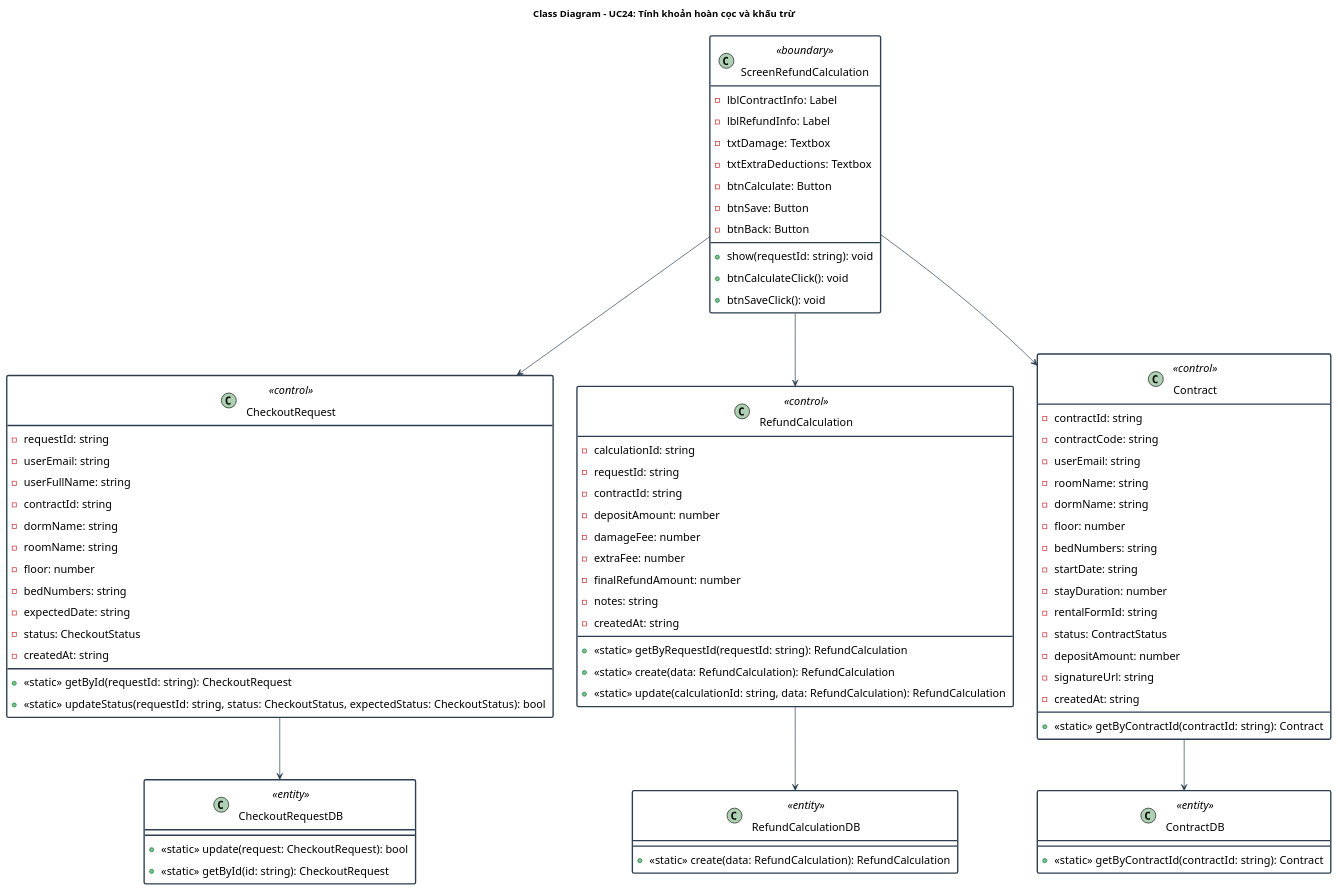
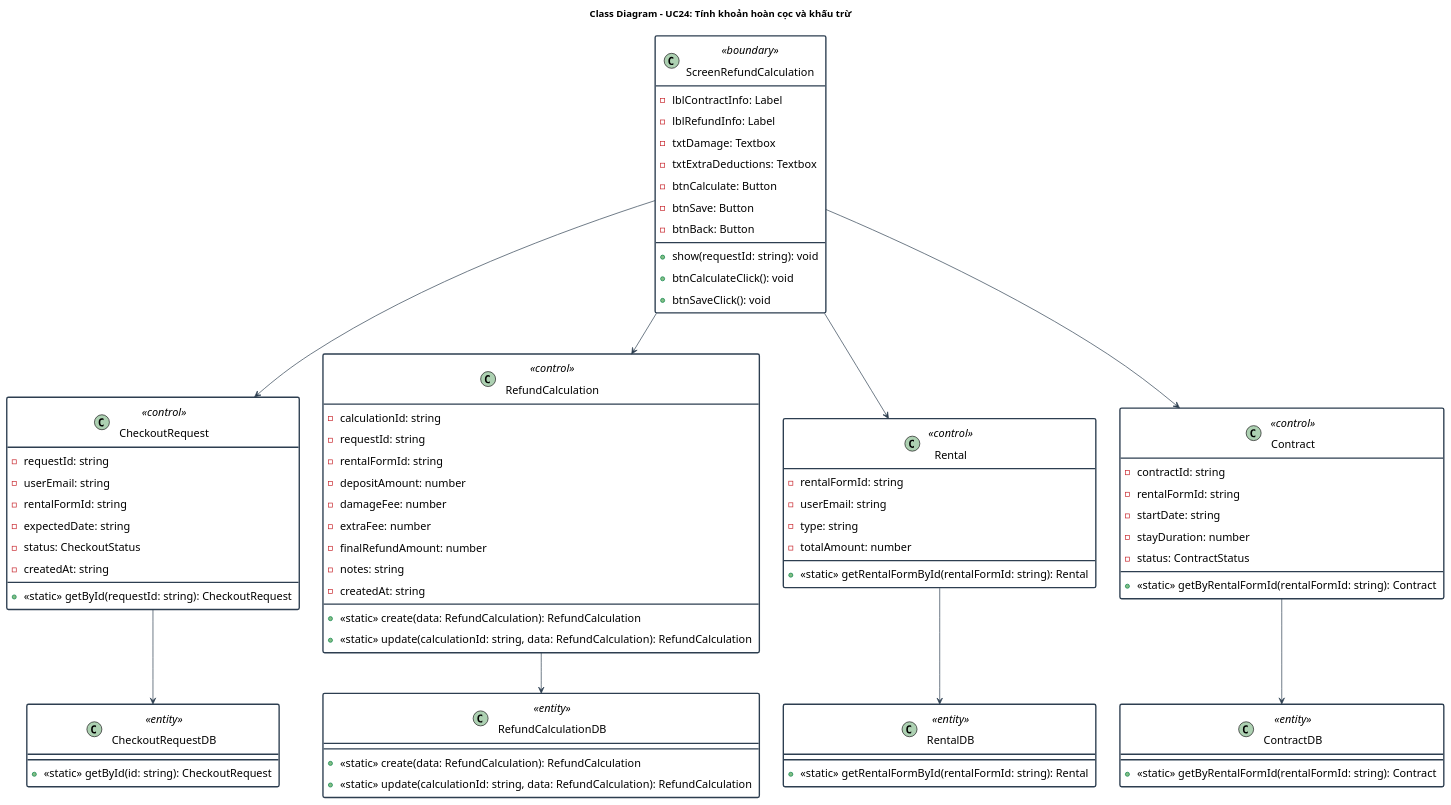
One commit to Gnourt812005/HCMUS-Analyze-and-desgin-IS changed the diagram in doc/system/tinh_hoan_coc_khau_tru/TinhHoanCocKhauTru_ClassDiagram.wsd. Above: the diagram before and after it, drawn with PlantUML. The commit also changed 10 other files, not shown here.

Commit message:
quangdo/diagram: adjusted diagrams to match code

```diff
--- a/doc/system/tinh_hoan_coc_khau_tru/TinhHoanCocKhauTru_ClassDiagram.wsd
+++ b/doc/system/tinh_hoan_coc_khau_tru/TinhHoanCocKhauTru_ClassDiagram.wsd
@@ -1,97 +1,95 @@
 @startuml TinhHoanCocKhauTru_ClassDiagram
 title Class Diagram - UC24: Tính khoản hoàn cọc và khấu trừ
 
 skinparam {
     ClassBackgroundColor White
     ArrowColor #2D3E50
     ClassBorderColor #2D3E50
     DefaultFontName "Arial"
     DefaultFontSize 16
     ClassBorderThickness 2
     StereotypeFontColor #2D3E50
     Padding 5
 }
 
 class "ScreenRefundCalculation" as CalculateRefundScreen <<boundary>> {
   - lblContractInfo: Label
   - lblRefundInfo: Label
   - txtDamage: Textbox
   - txtExtraDeductions: Textbox
   - btnCalculate: Button
   - btnSave: Button
   - btnBack: Button
   + show(requestId: string): void
   + btnCalculateClick(): void
   + btnSaveClick(): void
 }
 
 class "CheckoutRequest" as CheckoutRequest <<control>> {
   - requestId: string
   - userEmail: string
-  - userFullName: string
-  - contractId: string
-  - dormName: string
-  - roomName: string
-  - floor: number
-  - bedNumbers: string
+  - rentalFormId: string
   - expectedDate: string
   - status: CheckoutStatus
   - createdAt: string
   + <<static>> getById(requestId: string): CheckoutRequest 
-  + <<static>> updateStatus(requestId: string, status: CheckoutStatus, expectedStatus: CheckoutStatus): bool
 }
 
 class "CheckoutRequestDB" as CheckoutRequestDB <<entity>> {
-  + <<static>> update(request: CheckoutRequest): bool
   + <<static>> getById(id: string): CheckoutRequest
 }
 
 class "RefundCalculation" as RefundCalculation <<control>> {
   - calculationId: string
   - requestId: string
-  - contractId: string
+  - rentalFormId: string
   - depositAmount: number
   - damageFee: number
   - extraFee: number
   - finalRefundAmount: number
   - notes: string
   - createdAt: string
-  + <<static>> getByRequestId(requestId: string): RefundCalculation 
   + <<static>> create(data: RefundCalculation): RefundCalculation
   + <<static>> update(calculationId: string, data: RefundCalculation): RefundCalculation 
 }
 
 class "RefundCalculationDB" as RefundCalculationDB <<entity>> {
   + <<static>> create(data: RefundCalculation): RefundCalculation
+  + <<static>> update(calculationId: string, data: RefundCalculation): RefundCalculation
+}
+
+class "Rental" as Rental <<control>> {
+  - rentalFormId: string
+  - userEmail: string
+  - type: string
+  - totalAmount: number
+  + <<static>> getRentalFormById(rentalFormId: string): Rental
+}
+
+class "RentalDB" as RentalDB <<entity>> {
+  + <<static>> getRentalFormById(rentalFormId: string): Rental
 }
 
 class "Contract" as Contract <<control>> {
   - contractId: string
-  - contractCode: string
-  - userEmail: string
-  - roomName: string
-  - dormName: string
-  - floor: number
-  - bedNumbers: string
+  - rentalFormId: string
   - startDate: string
   - stayDuration: number
-  - rentalFormId: string
   - status: ContractStatus
-  - depositAmount: number
-  - signatureUrl: string
-  - createdAt: string
-  + <<static>> getByContractId(contractId: string): Contract 
+  + <<static>> getByRentalFormId(rentalFormId: string): Contract 
 }
 
 class "ContractDB" as ContractDB <<entity>> {
-  + <<static>> getByContractId(contractId: string): Contract 
+  + <<static>> getByRentalFormId(rentalFormId: string): Contract 
 }
 
 CalculateRefundScreen --> RefundCalculation
 RefundCalculation --> RefundCalculationDB
+CalculateRefundScreen --> Rental
+Rental --> RentalDB
 CalculateRefundScreen --> Contract
 Contract --> ContractDB
 CalculateRefundScreen --> CheckoutRequest
 CheckoutRequest --> CheckoutRequestDB
 
 @enduml
```
